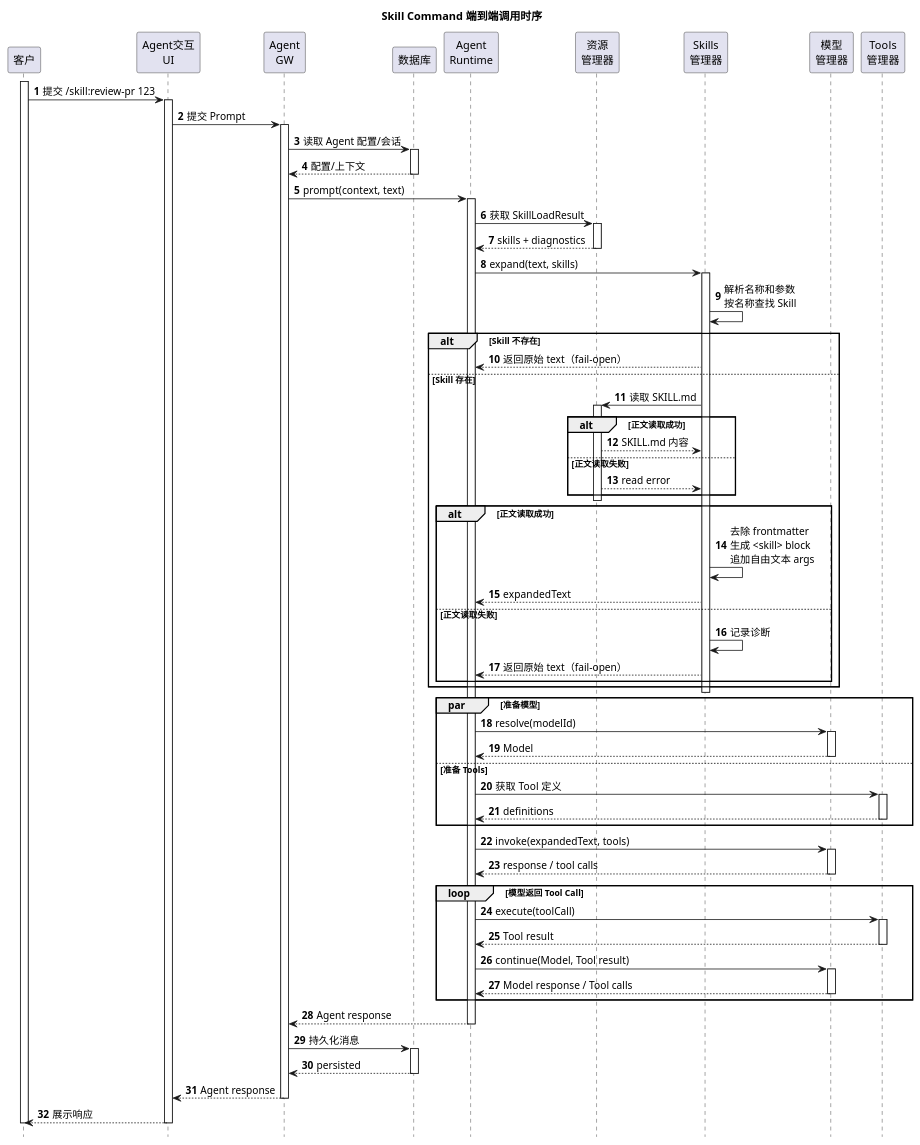
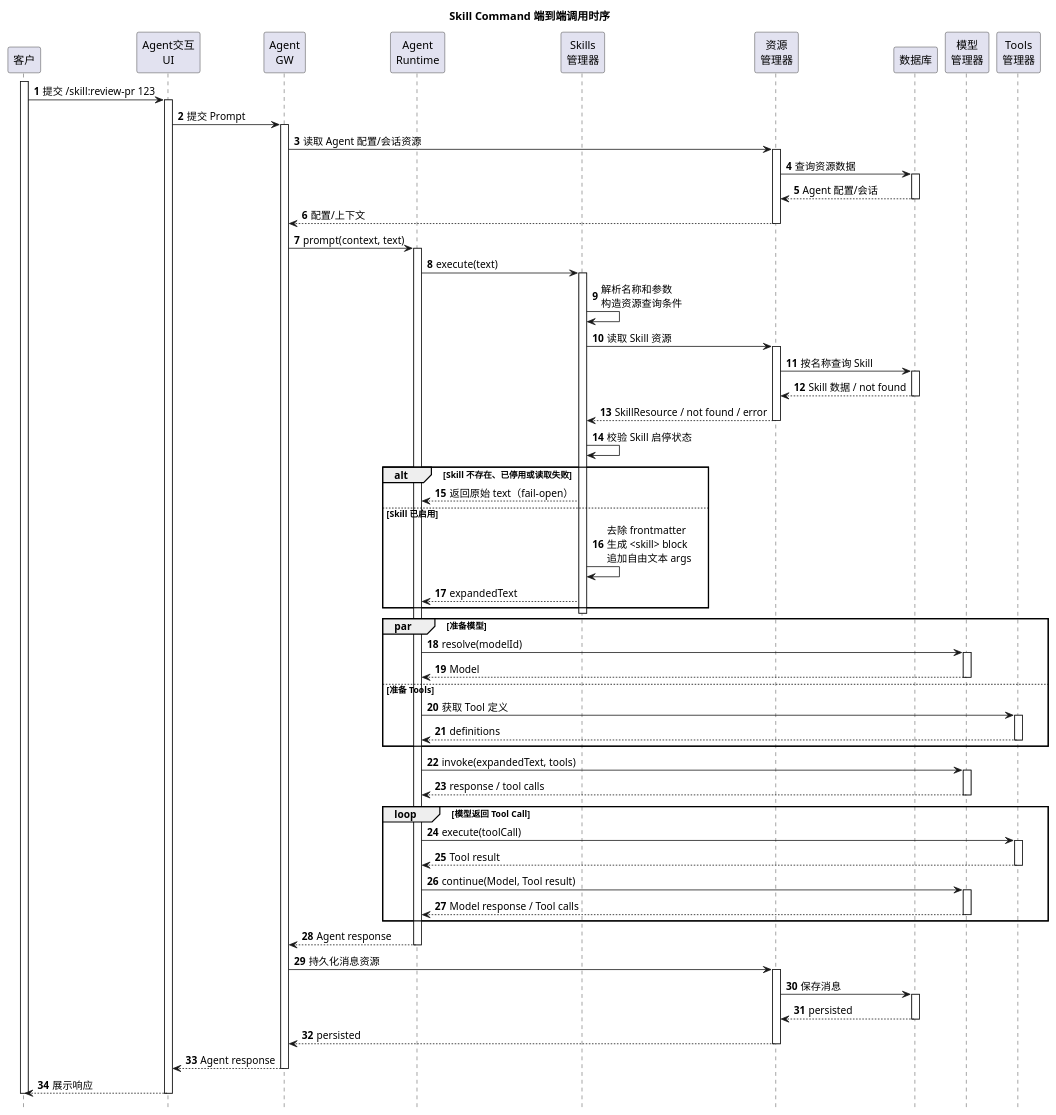
The eighth of 9 diagrams in pi-mono-java-skill-command-SR设计.md (superheromeZzh/pi-mono-java-design), drawn with PlantUML before and after one commit. The commit also changed other lines of this file and 2 other files, not shown here.

Commit message:
docs: align skill platform responsibilities

```diff
--- a/pi-mono-java-skill-command-SR设计.md
+++ b/pi-mono-java-skill-command-SR设计.md
@@ -788,10 +788,10 @@
 participant "客户" as Client
 participant "Agent交互\nUI" as UI
 participant "Agent\nGW" as Gateway
+participant "Agent\nRuntime" as Runtime
+participant "Skills\n管理器" as SkillsManager
+participant "资源\n管理器" as ResourceManager
 participant "数据库" as Database
-participant "Agent\nRuntime" as Runtime
-participant "资源\n管理器" as ResourceManager
-participant "Skills\n管理器" as SkillsManager
 participant "模型\n管理器" as ModelManager
 participant "Tools\n管理器" as ToolsManager
 
@@ -800,40 +800,35 @@
 activate UI
 UI -> Gateway: 提交 Prompt
 activate Gateway
-Gateway -> Database: 读取 Agent 配置/会话
+Gateway -> ResourceManager: 读取 Agent 配置/会话资源
+activate ResourceManager
+ResourceManager -> Database: 查询资源数据
 activate Database
-Database --> Gateway: 配置/上下文
+Database --> ResourceManager: Agent 配置/会话
 deactivate Database
+ResourceManager --> Gateway: 配置/上下文
+deactivate ResourceManager
 Gateway -> Runtime: prompt(context, text)
 activate Runtime
 
-Runtime -> ResourceManager: 获取 SkillLoadResult
+Runtime -> SkillsManager: execute(text)
+activate SkillsManager
+SkillsManager -> SkillsManager: 解析名称和参数\n构造资源查询条件
+SkillsManager -> ResourceManager: 读取 Skill 资源
 activate ResourceManager
-ResourceManager --> Runtime: skills + diagnostics
+ResourceManager -> Database: 按名称查询 Skill
+activate Database
+Database --> ResourceManager: Skill 数据 / not found
+deactivate Database
+ResourceManager --> SkillsManager: SkillResource / not found / error
 deactivate ResourceManager
-Runtime -> SkillsManager: expand(text, skills)
-activate SkillsManager
-SkillsManager -> SkillsManager: 解析名称和参数\n按名称查找 Skill
+SkillsManager -> SkillsManager: 校验 Skill 启停状态
 
-alt Skill 不存在
+alt Skill 不存在、已停用或读取失败
     SkillsManager --> Runtime: 返回原始 text（fail-open）
-else Skill 存在
-    SkillsManager -> ResourceManager: 读取 SKILL.md
-    activate ResourceManager
-    alt 正文读取成功
-        ResourceManager --> SkillsManager: SKILL.md 内容
-    else 正文读取失败
-        ResourceManager --> SkillsManager: read error
-    end
-    deactivate ResourceManager
-
-    alt 正文读取成功
-        SkillsManager -> SkillsManager: 去除 frontmatter\n生成 <skill> block\n追加自由文本 args
-        SkillsManager --> Runtime: expandedText
-    else 正文读取失败
-        SkillsManager -> SkillsManager: 记录诊断
-        SkillsManager --> Runtime: 返回原始 text（fail-open）
-    end
+else Skill 已启用
+    SkillsManager -> SkillsManager: 去除 frontmatter\n生成 <skill> block\n追加自由文本 args
+    SkillsManager --> Runtime: expandedText
 end
 deactivate SkillsManager
 
@@ -867,10 +862,14 @@
 
 Runtime --> Gateway: Agent response
 deactivate Runtime
-Gateway -> Database: 持久化消息
+Gateway -> ResourceManager: 持久化消息资源
+activate ResourceManager
+ResourceManager -> Database: 保存消息
 activate Database
-Database --> Gateway: persisted
+Database --> ResourceManager: persisted
 deactivate Database
+ResourceManager --> Gateway: persisted
+deactivate ResourceManager
 Gateway --> UI: Agent response
 deactivate Gateway
 UI --> Client: 展示响应
```
